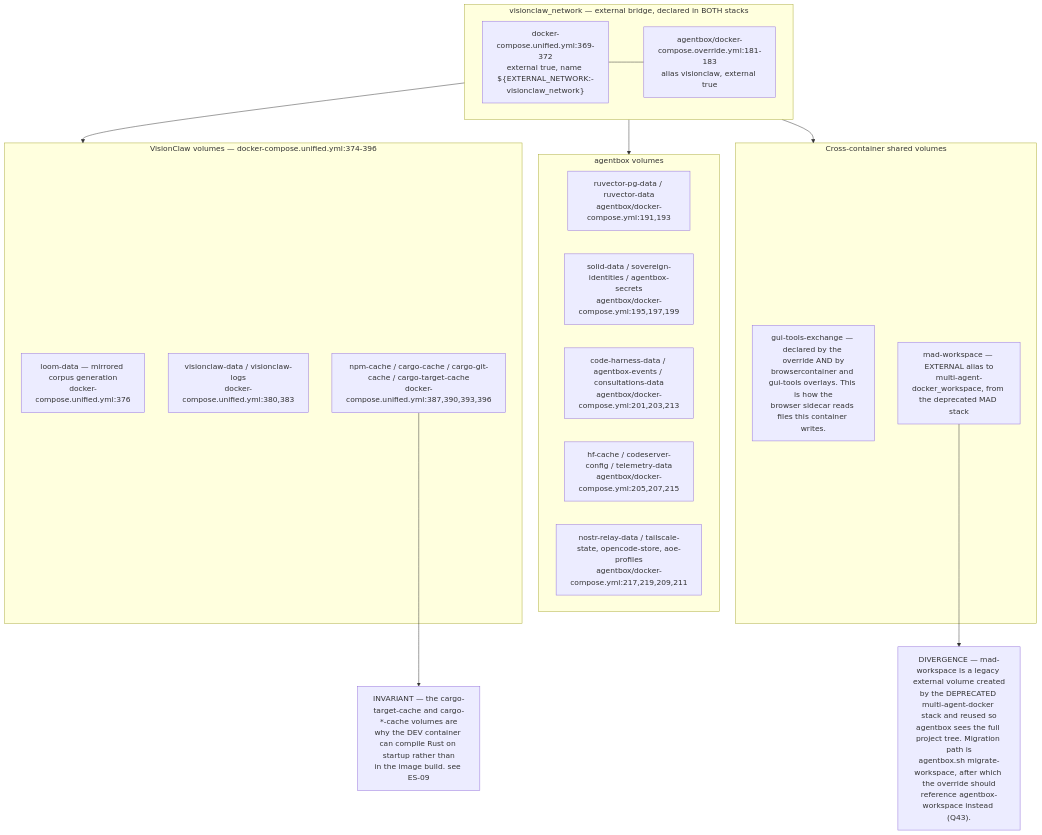
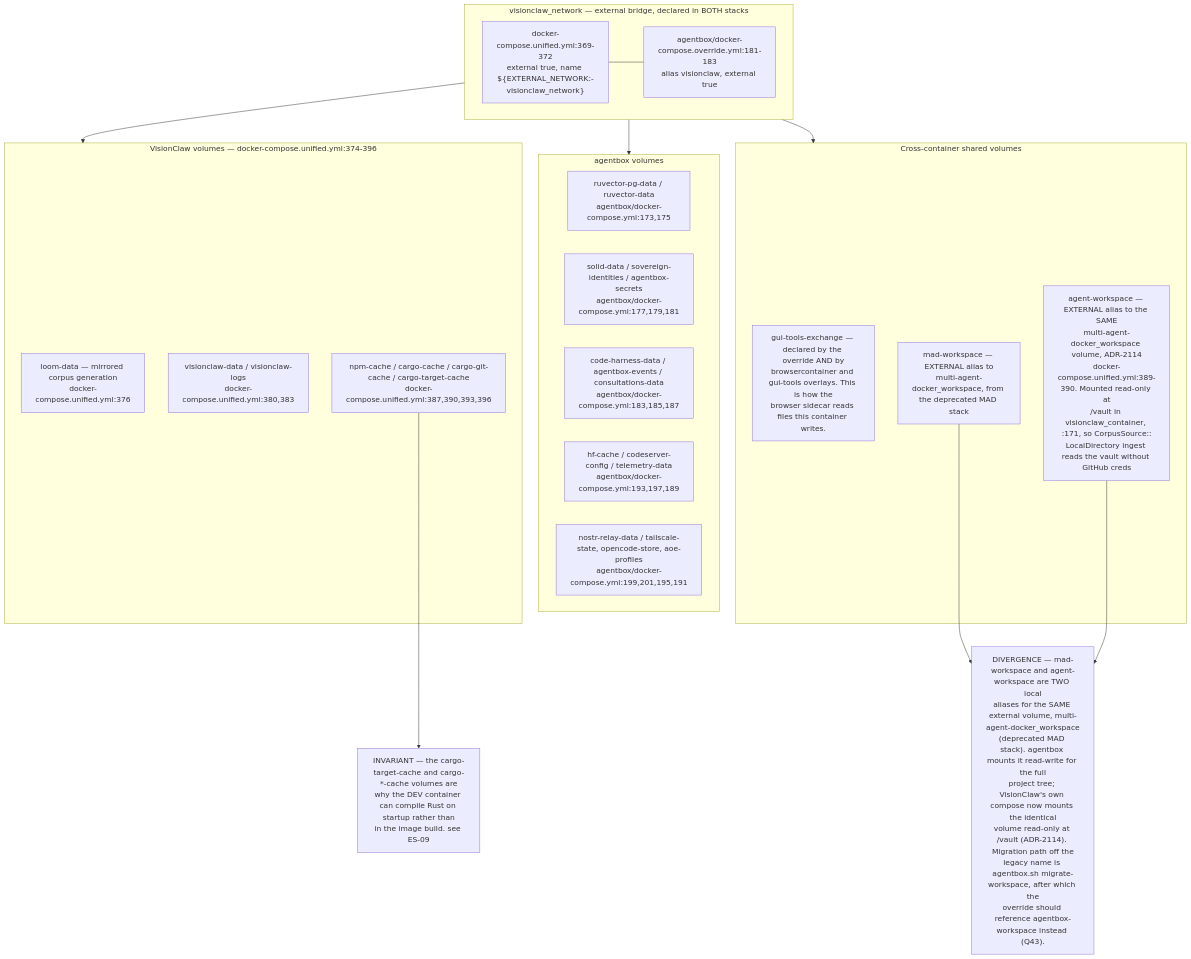
Before and after one commit to DreamLab-AI/VisionFlow: the fourth of 8 diagrams in docs/diagrams/estate/01-estate-topology.md, drawn with Mermaid. The commit also changed other lines of this file and 136 other files, not shown here.

First line of the commit message:
docs(diagrams): refresh the whole corpus to code HEAD and prune low-value diagrams

````diff
--- a/docs/diagrams/estate/01-estate-topology.md
+++ b/docs/diagrams/estate/01-estate-topology.md
@@ -166,34 +166,36 @@
 ```mermaid
 flowchart TB
     subgraph net["visionclaw_network — external bridge, declared in BOTH stacks"]
         N1["docker-compose.unified.yml:369-372<br/>external true, name ${EXTERNAL_NETWORK:-visionclaw_network}"]
         N2["agentbox/docker-compose.override.yml:181-183<br/>alias visionclaw, external true"]
     end
     subgraph vcvol["VisionClaw volumes — docker-compose.unified.yml:374-396"]
         V1["loom-data — mirrored corpus generation<br/>docker-compose.unified.yml:376"]
         V2["visionclaw-data / visionclaw-logs<br/>docker-compose.unified.yml:380,383"]
         V3["npm-cache / cargo-cache / cargo-git-cache / cargo-target-cache<br/>docker-compose.unified.yml:387,390,393,396"]
     end
     subgraph abvol["agentbox volumes"]
-        W1["ruvector-pg-data / ruvector-data<br/>agentbox/docker-compose.yml:191,193"]
-        W2["solid-data / sovereign-identities / agentbox-secrets<br/>agentbox/docker-compose.yml:195,197,199"]
-        W3["code-harness-data / agentbox-events / consultations-data<br/>agentbox/docker-compose.yml:201,203,213"]
-        W4["hf-cache / codeserver-config / telemetry-data<br/>agentbox/docker-compose.yml:205,207,215"]
-        W5["nostr-relay-data / tailscale-state, opencode-store, aoe-profiles<br/>agentbox/docker-compose.yml:217,219,209,211"]
+        W1["ruvector-pg-data / ruvector-data<br/>agentbox/docker-compose.yml:173,175"]
+        W2["solid-data / sovereign-identities / agentbox-secrets<br/>agentbox/docker-compose.yml:177,179,181"]
+        W3["code-harness-data / agentbox-events / consultations-data<br/>agentbox/docker-compose.yml:183,185,187"]
+        W4["hf-cache / codeserver-config / telemetry-data<br/>agentbox/docker-compose.yml:193,197,189"]
+        W5["nostr-relay-data / tailscale-state, opencode-store, aoe-profiles<br/>agentbox/docker-compose.yml:199,201,195,191"]
     end
     subgraph shared["Cross-container shared volumes"]
         S1["gui-tools-exchange — declared by the override AND by<br/>browsercontainer and gui-tools overlays. This is how the<br/>browser sidecar reads files this container writes."]
         S2["mad-workspace — EXTERNAL alias to<br/>multi-agent-docker_workspace, from the deprecated MAD stack"]
+        S3["agent-workspace — EXTERNAL alias to the SAME<br/>multi-agent-docker_workspace volume, ADR-2114<br/>docker-compose.unified.yml:389-390. Mounted read-only at<br/>/vault in visionclaw_container, :171, so CorpusSource::<br/>LocalDirectory ingest reads the vault without GitHub creds"]
     end
 
     N1 --- N2
     net --> vcvol
     net --> abvol
     net --> shared
 
-    D1["DIVERGENCE — mad-workspace is a legacy external volume created<br/>by the DEPRECATED multi-agent-docker stack and reused so<br/>agentbox sees the full project tree. Migration path is<br/>agentbox.sh migrate-workspace, after which the override should<br/>reference agentbox-workspace instead (Q43)."]
+    D1["DIVERGENCE — mad-workspace and agent-workspace are TWO local<br/>aliases for the SAME external volume, multi-agent-docker_workspace<br/>(deprecated MAD stack). agentbox mounts it read-write for the full<br/>project tree; VisionClaw's own compose now mounts the identical<br/>volume read-only at /vault (ADR-2114). Migration path off the<br/>legacy name is agentbox.sh migrate-workspace, after which the<br/>override should reference agentbox-workspace instead (Q43)."]
     INV["INVARIANT — the cargo-target-cache and cargo-*-cache volumes are<br/>why the DEV container can compile Rust on startup rather than<br/>in the image build. see ES-09"]
 
     S2 --> D1
+    S3 --> D1
     V3 --> INV
 ```
````
